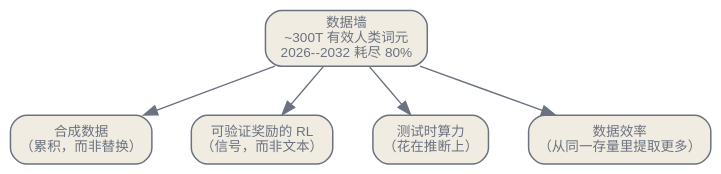
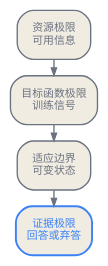
Before and after one commit to latere-ai/ai-as-an-infrastructure: the first of 5 diagrams in zh/frontiers/01-where-learning-hits-limits.qmd, drawn with Graphviz. The commit also changed other lines of this file and 3 other files, not shown here.

````diff
--- a/zh/frontiers/01-where-learning-hits-limits.qmd
+++ b/zh/frontiers/01-where-learning-hits-limits.qmd
@@ -13,20 +9,15 @@
 ```{dot}
-//| label: fig-learning-wall
-//| fig-cap: "数据墙作为整章之下的约束。算力每年数倍增长；高质量人类文本的存量则基本持平。两条曲线相交之处，每一条出路都是在试图制造或替代缺失的学习信号，而每一条都有争议。"
+//| label: fig-learning-boundaries
+//| fig-cap: "四种边界常被压缩成一句笼统的学习极限。有效的极限主张必须说明，真正受限的是资源、目标函数、可变状态，还是验收测试。"
 digraph {
-  bgcolor="transparent";
-  rankdir=TB;
-  nodesep=0.4; ranksep=0.5;
-  node [shape=box, style="rounded,filled", fontname="Helvetica", fontsize=10, color="#6b7280", fontcolor="#6b7280", fillcolor="#f1ece1", penwidth=1.1];
-  edge [fontsize=10, fontname="Helvetica", color="#6b7280", fontcolor="#6b7280"];
-  wall [label="数据墙\n~300T 有效人类词元\n2026--2032 耗尽 80%"];
-  syn [label="合成数据\n（累积，而非替换）"];
-  rl [label="可验证奖励的 RL\n（信号，而非文本）"];
-  ttc [label="测试时算力\n（花在推断上）"];
-  eff [label="数据效率\n（从同一存量里提取更多）"];
-  wall -> syn;
-  wall -> rl;
-  wall -> ttc;
-  wall -> eff;
+  bgcolor="transparent"; rankdir=TB;
+  nodesep=0.13; ranksep=0.17;
+  node [shape=box, style="rounded,filled", fontname="Helvetica", fontsize=8, margin="0.10,0.06", color="#6b7280", fontcolor="#6b7280", fillcolor="#f1ece1"];
+  edge [color="#6b7280", arrowsize=0.55];
+  resource [label="资源极限\n可用信息"];
+  objective [label="目标函数极限\n训练信号"];
+  state [label="适应边界\n可变状态"];
+  evidence [label="证据极限\n回答或弃答", color="#3b82f6", fontcolor="#3b82f6", penwidth=1.4];
+  resource -> objective -> state -> evidence;
 }
 ```
````
